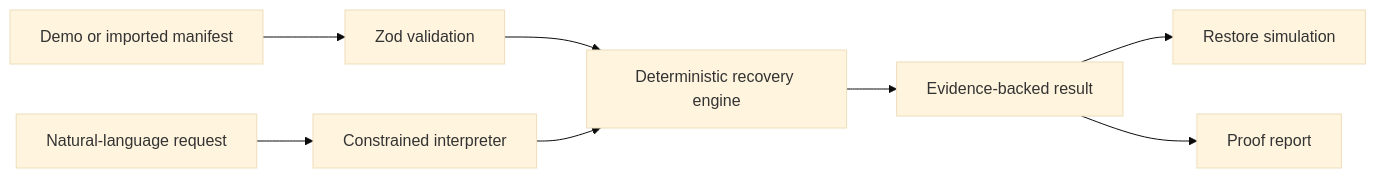
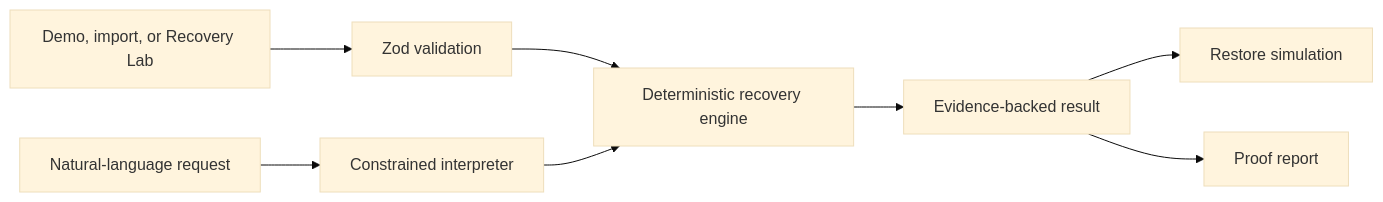
Before and after one commit to ATAC-Helicopter/ProofRestore: the diagram in README.md, drawn with Mermaid (base theme). The commit also changed other lines of this file and 18 other files, not shown here.

Commit message:
feat: add interactive recovery lab

````diff
--- a/README.md
+++ b/README.md
@@ -43,10 +57,10 @@
 ```mermaid
 flowchart LR
-    A[Demo or imported manifest] --> B[Zod validation]
+    A[Demo, import, or Recovery Lab] --> B[Zod validation]
     B --> C[Deterministic recovery engine]
     Q[Natural-language request] --> I[Constrained interpreter]
     I --> C
     C --> E[Evidence-backed result]
     E --> S[Restore simulation]
     E --> R[Proof report]
 ```
````
